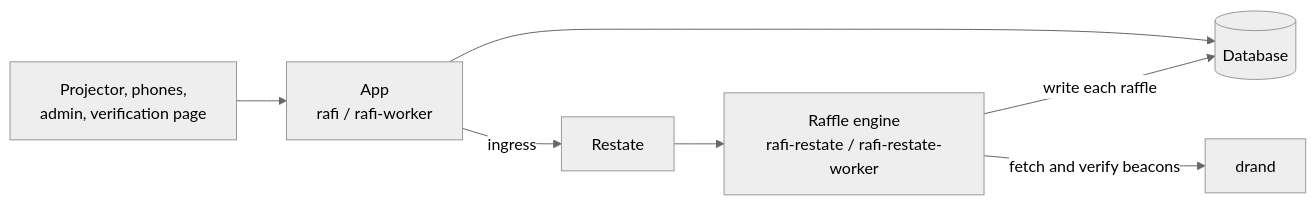
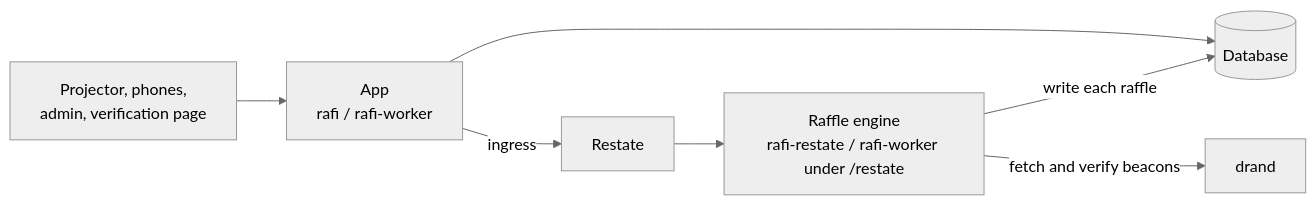
The second of 2 diagrams in README.md (sagikazarmark/rafi.orig), drawn with Mermaid (neutral theme) before and after one commit. The commit also changed other lines of this file and 32 other files, not shown here.

````diff
--- a/README.md
+++ b/README.md
@@ -59,9 +59,9 @@
 ```mermaid
 flowchart LR
     browsers["Projector, phones,<br/>admin, verification page"] --> app["App<br/>rafi / rafi-worker"]
     app --> db[(Database)]
     app -->|ingress| restate["Restate"]
-    restate --> engine["Raffle engine<br/>rafi-restate / rafi-restate-worker"]
+    restate --> engine["Raffle engine<br/>rafi-restate / rafi-worker under /restate"]
     engine -->|fetch and verify beacons| drand["drand"]
     engine -->|write each raffle| db
 ```
````
